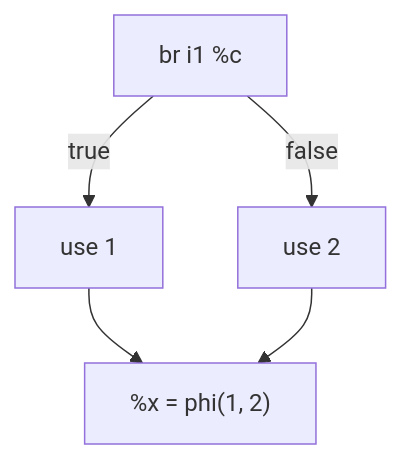
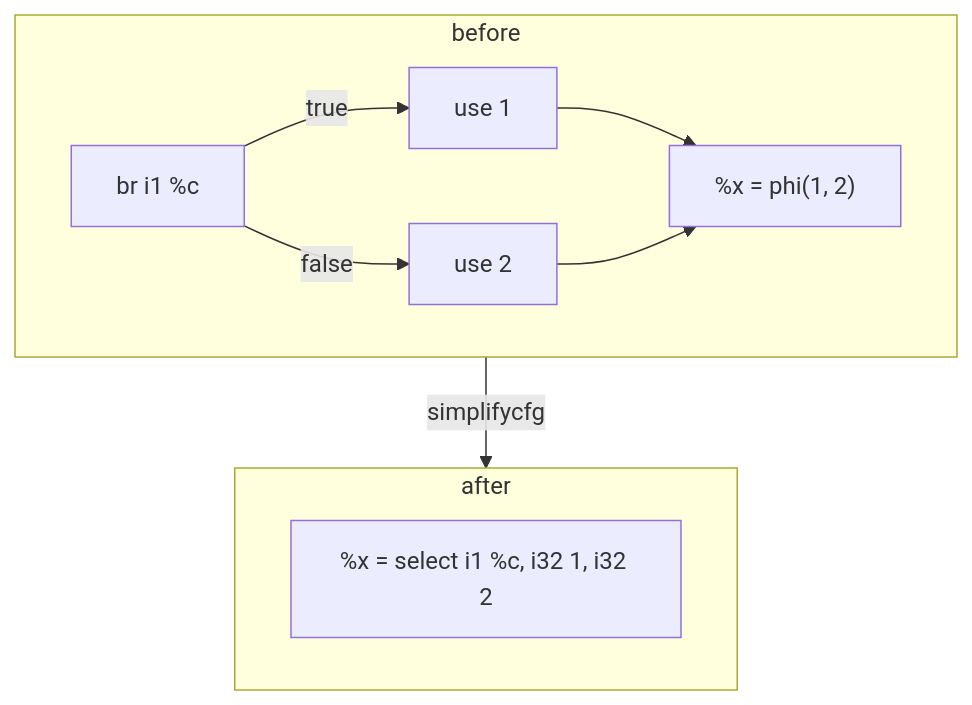
Before and after one commit to LinerSu/llvm-handbook: the diagram in concept/simplifycfg.md, drawn with Mermaid. The commit also changed other lines of this file and 6 other files, not shown here.

````diff
--- a/concept/simplifycfg.md
+++ b/concept/simplifycfg.md
@@ -38,7 +39,13 @@
 ```mermaid
 flowchart TD
-  A["br i1 %c"] -->|true| T["use 1"]
-  A -->|false| F["use 2"]
-  T --> M["%x = phi(1, 2)"]
-  F --> M
+  subgraph before
+    A["br i1 %c"] -->|true| T["use 1"]
+    A -->|false| F["use 2"]
+    T --> M["%x = phi(1, 2)"]
+    F --> M
+  end
+  subgraph after
+    S["%x = select i1 %c, i32 1, i32 2"]
+  end
+  before -->|simplifycfg| after
 ```
````
